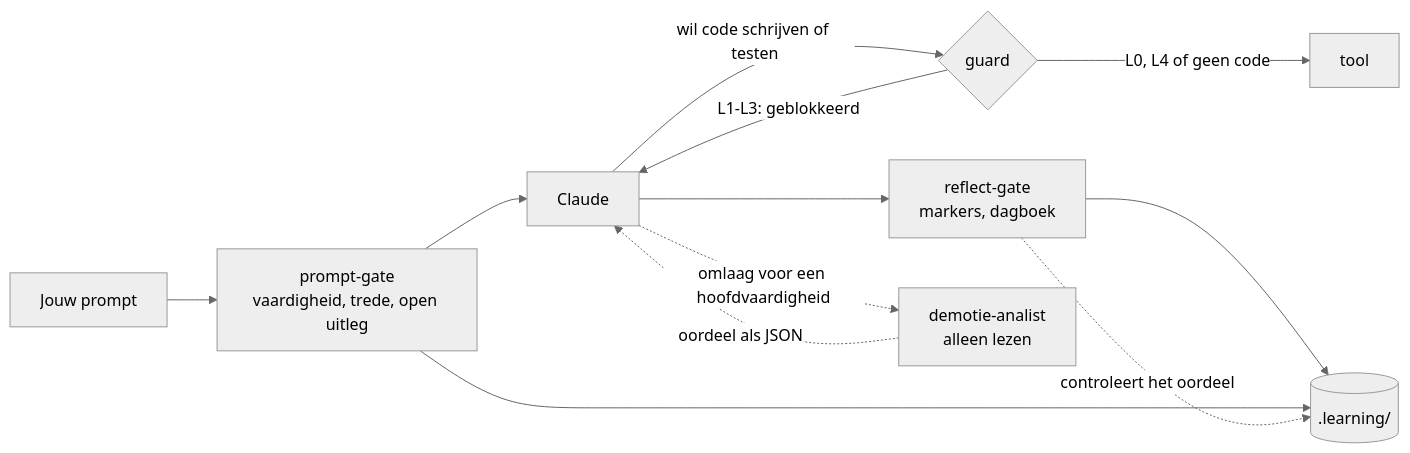
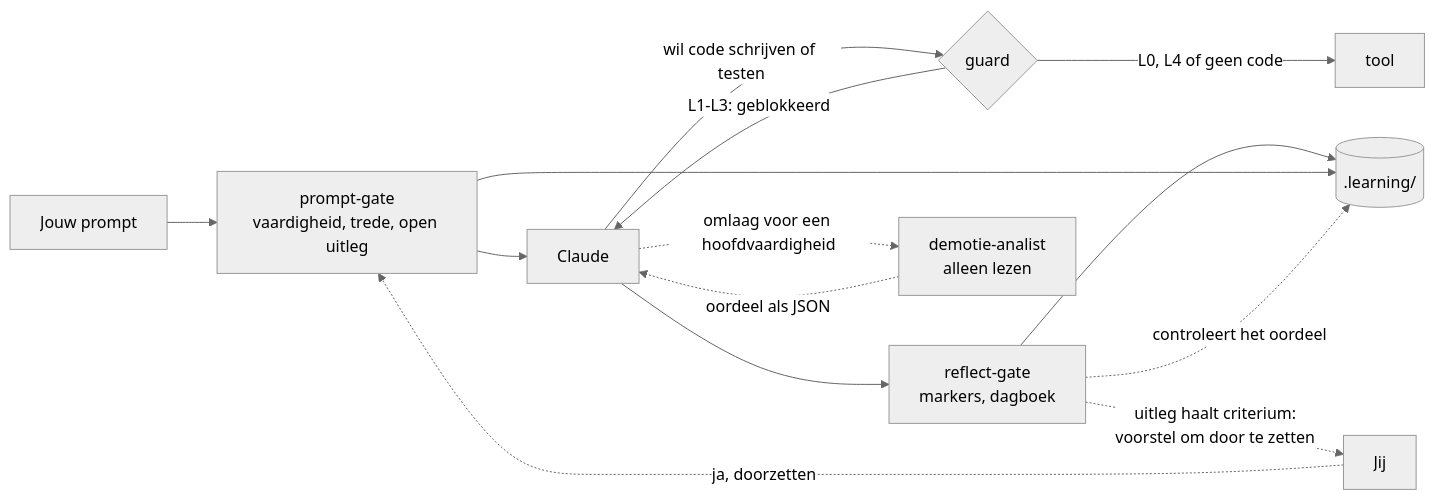
The diagram in docs/nl/how-it-works.md (piethanegraaf/piethanegraaf.github.io), drawn with Mermaid (neutral theme) before and after one commit. The commit also changed other lines of this file and 30 other files, not shown here.

````diff
--- a/docs/nl/how-it-works.md
+++ b/docs/nl/how-it-works.md
@@ -5,14 +5,16 @@
 ```mermaid
 flowchart LR
   P[Jouw prompt] --> G1[prompt-gate<br/>vaardigheid, trede, open uitleg]
   G1 --> C[Claude]
   C -->|wil code schrijven of testen| G2{guard}
   G2 -->|L1-L3: geblokkeerd| C
   G2 -->|L0, L4 of geen code| T[tool]
   C --> S[reflect-gate<br/>markers, dagboek]
   S --> R[(.learning/)]
   G1 --> R
   C -.->|omlaag voor een hoofdvaardigheid| A[demotie-analist<br/>alleen lezen]
   A -.->|oordeel als JSON| C
   S -.->|controleert het oordeel| R
+  S -.->|uitleg haalt criterium:<br/>voorstel om door te zetten| J[Jij]
+  J -.->|ja, doorzetten| G1
 ```
````
